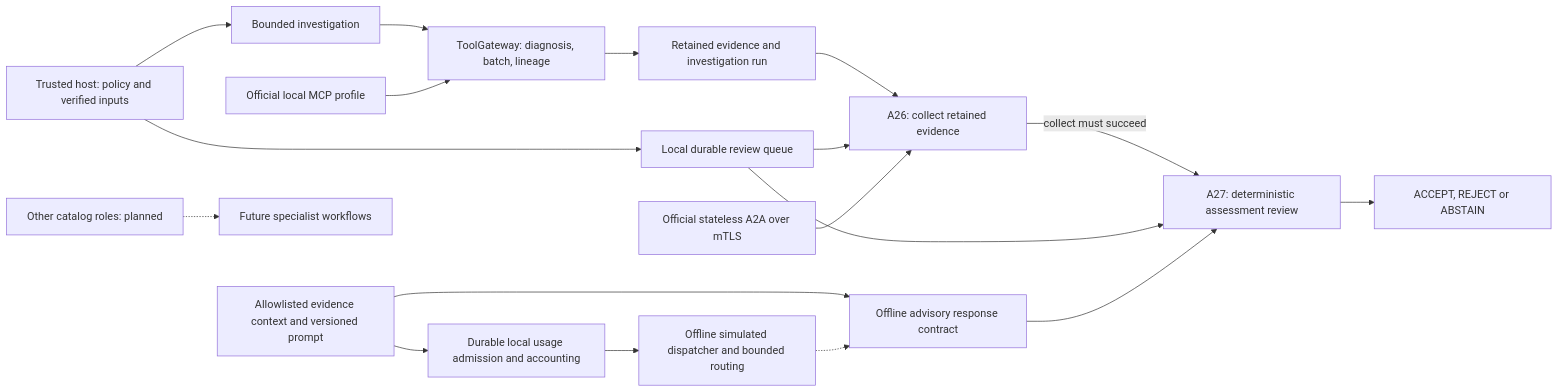
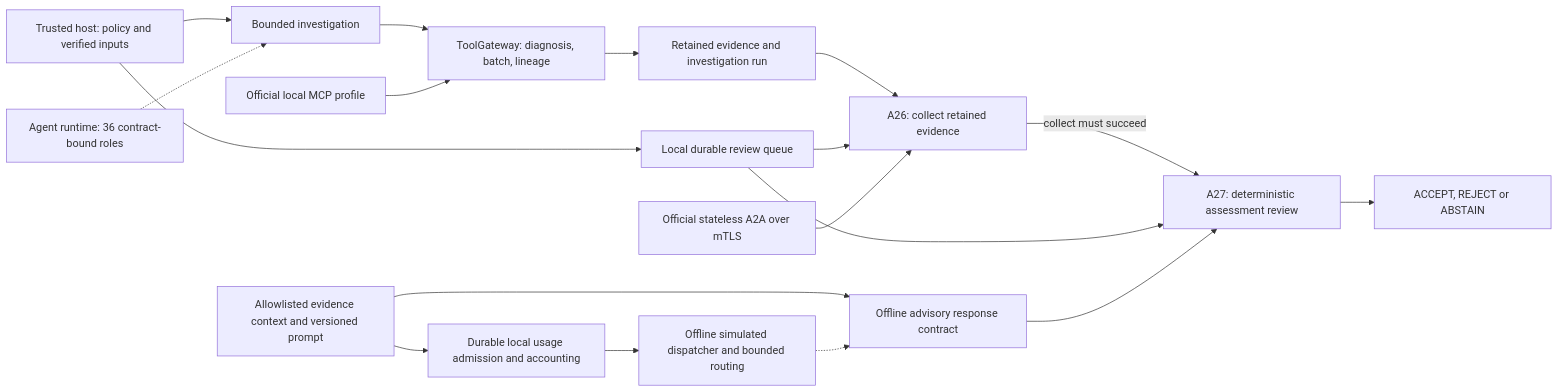
Before and after one commit to mirackeser/aegisflow-data-reliability: the first of 2 diagrams in docs/agents/README.md, drawn with Mermaid. The commit also changed other lines of this file and 5 other files, not shown here.

````diff
--- a/docs/agents/README.md
+++ b/docs/agents/README.md
@@ -7,20 +7,20 @@
 ```mermaid
 flowchart LR
   Host[Trusted host: policy and verified inputs] --> Workflow[Bounded investigation]
   Workflow --> Tools[ToolGateway: diagnosis, batch, lineage]
   Tools --> Runs[Retained evidence and investigation run]
   Runs --> A26[A26: collect retained evidence]
   A26 -->|collect must succeed| A27[A27: deterministic assessment review]
   A27 --> Verdict[ACCEPT, REJECT or ABSTAIN]
   Host --> Queue[Local durable review queue]
   Queue --> A26
   Queue --> A27
   MCP[Official local MCP profile] --> Tools
   A2A[Official stateless A2A over mTLS] --> A26
   Offline[Offline advisory response contract] --> A27
   Context[Allowlisted evidence context and versioned prompt] --> Offline
   Context --> Usage[Durable local usage admission and accounting]
   Usage --> Adapter[Offline simulated dispatcher and bounded routing]
   Adapter -.-> Offline
-  Planned[Other catalog roles: planned] -.-> Future[Future specialist workflows]
+  Runtime[Agent runtime: 36 contract-bound roles] -.-> Workflow
 ```
````
